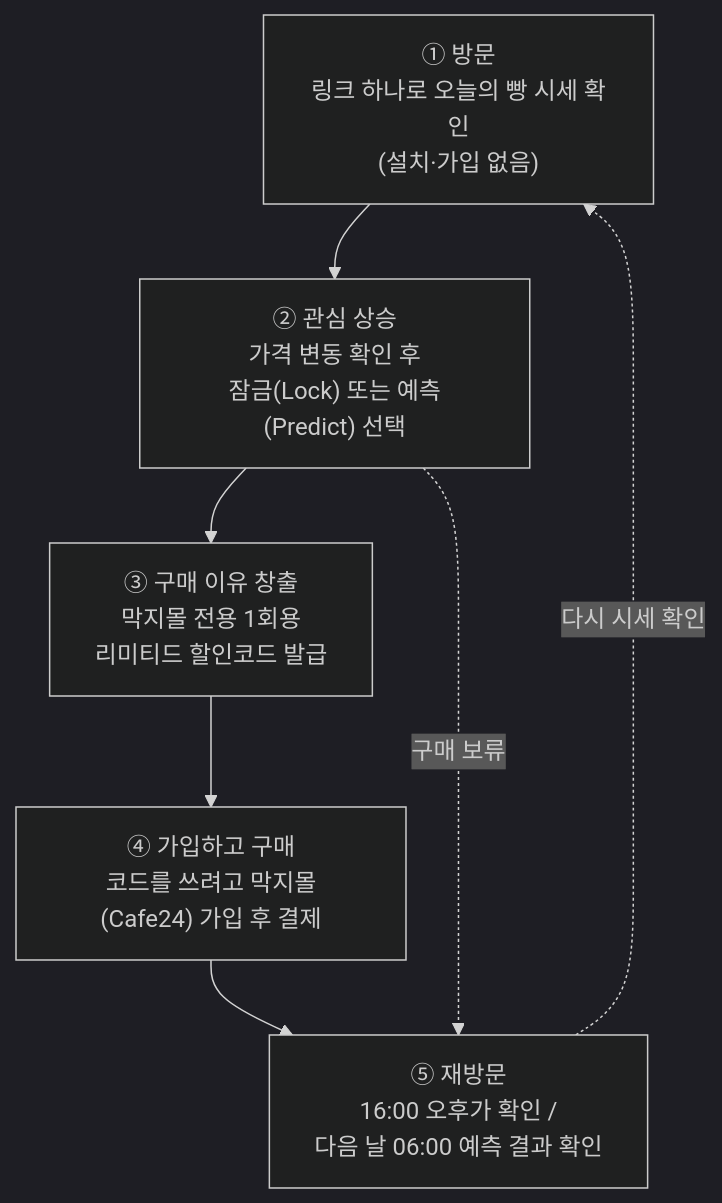
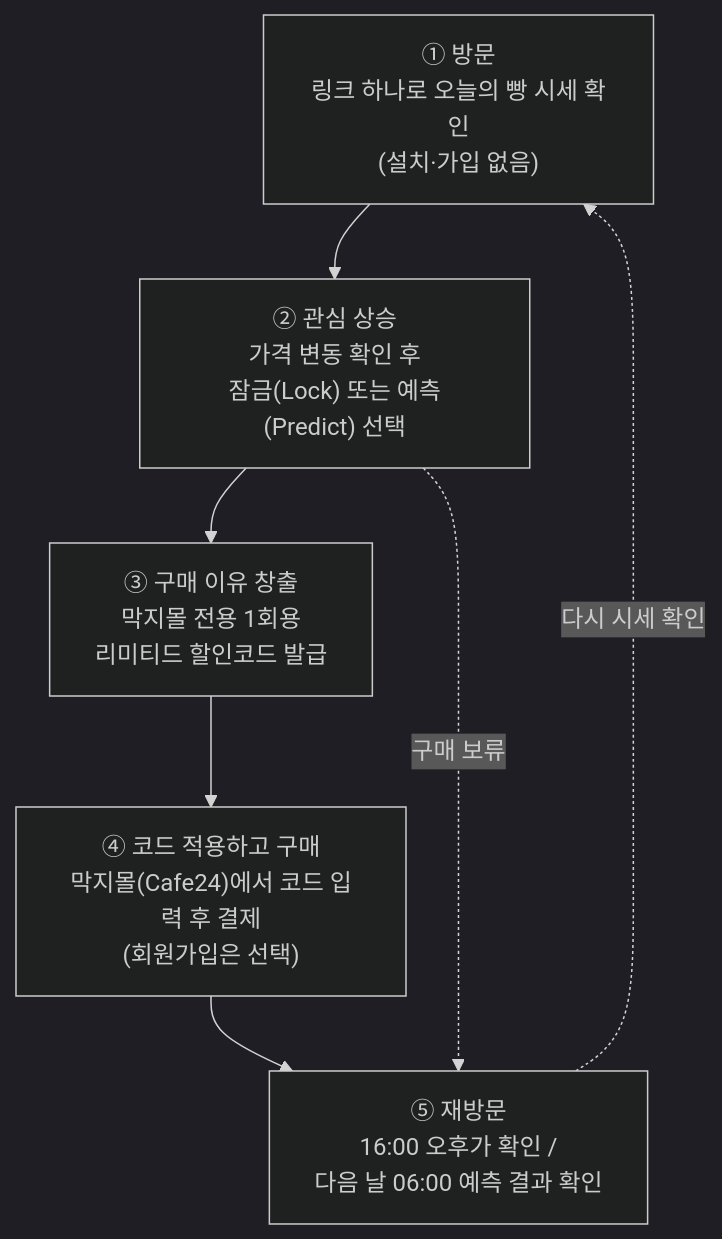
One commit to jennie-brain/makji-personal changed the diagram in docs/makjistock_proposal.md. Above: the diagram before and after it, drawn with Mermaid (dark theme). The commit also changed other lines of this file, not shown here.

````diff
--- a/docs/makjistock_proposal.md
+++ b/docs/makjistock_proposal.md
@@ -64,9 +64,9 @@
 ```mermaid
 flowchart TD
     A["① 방문<br/>링크 하나로 오늘의 빵 시세 확인<br/>(설치·가입 없음)"] --> B["② 관심 상승<br/>가격 변동 확인 후<br/>잠금(Lock) 또는 예측(Predict) 선택"]
     B --> C["③ 구매 이유 창출<br/>막지몰 전용 1회용<br/>리미티드 할인코드 발급"]
-    C --> D["④ 가입하고 구매<br/>코드를 쓰려고 막지몰(Cafe24) 가입 후 결제"]
+    C --> D["④ 코드 적용하고 구매<br/>막지몰(Cafe24)에서 코드 입력 후 결제<br/>(회원가입은 선택)"]
     D --> E["⑤ 재방문<br/>16:00 오후가 확인 /<br/>다음 날 06:00 예측 결과 확인"]
     E -. "다시 시세 확인" .-> A
     B -. "구매 보류" .-> E
 ```
````
